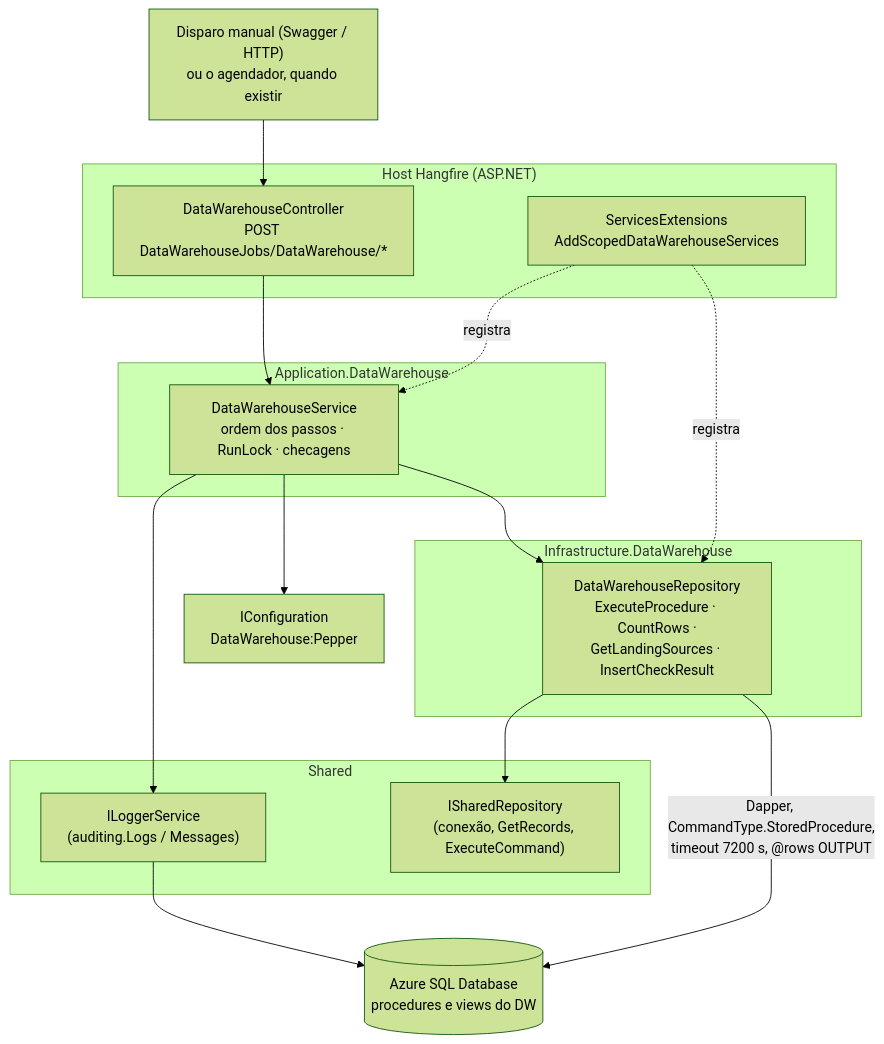
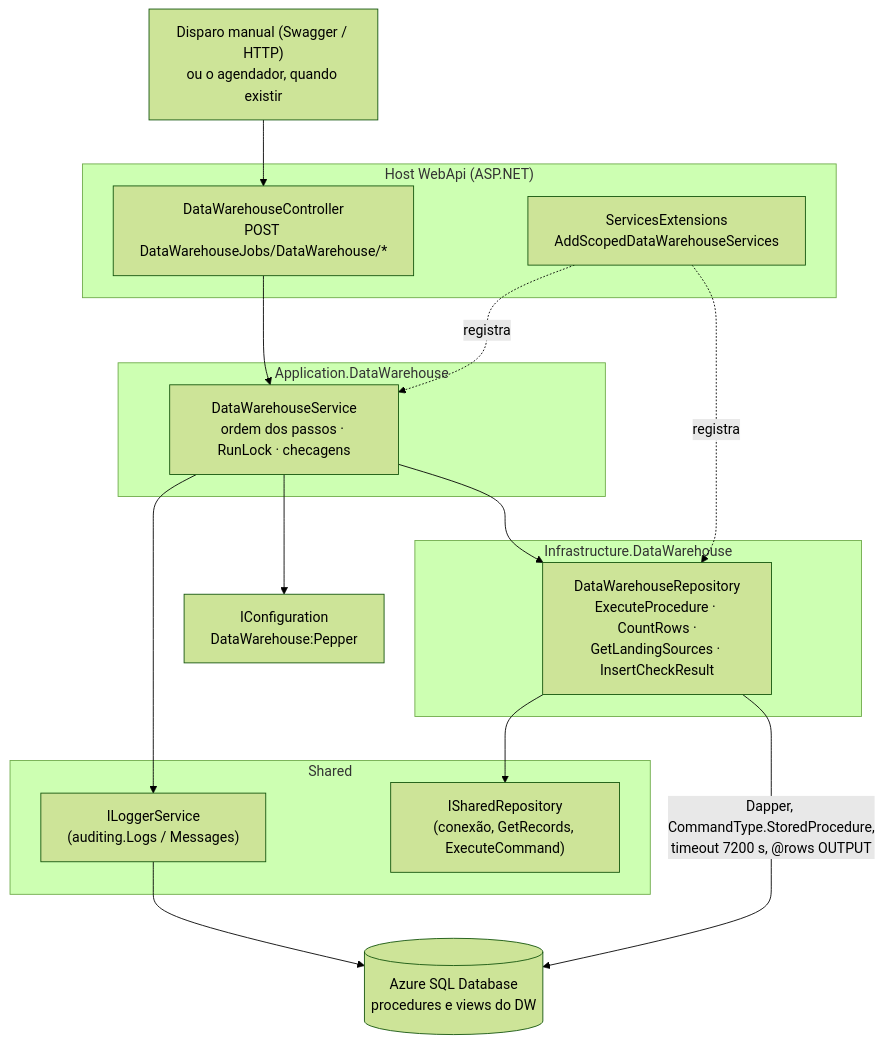
One commit to cayo-kume/extract-transform-load-integrations-system changed the second of 13 diagrams in src/Backend/Modules/DataWarehouse/docs/DATAWAREHOUSE-FUNCIONAMENTO-E-FLUXO.md. Above: the diagram before and after it, drawn with Mermaid (forest theme). The commit also changed other lines of this file and 138 other files, not shown here.

First line of the commit message:
Host Hangfire renomeado para WebApi (passo 1 do plano do host)

````diff
--- a/src/Backend/Modules/DataWarehouse/docs/DATAWAREHOUSE-FUNCIONAMENTO-E-FLUXO.md
+++ b/src/Backend/Modules/DataWarehouse/docs/DATAWAREHOUSE-FUNCIONAMENTO-E-FLUXO.md
@@ -83,36 +83,36 @@
 ```mermaid
 flowchart TB
     CALLER["Disparo manual (Swagger / HTTP)<br/>ou o agendador, quando existir"]
 
-    subgraph HOST["Host Hangfire (ASP.NET)"]
+    subgraph HOST["Host WebApi (ASP.NET)"]
         CTRL["DataWarehouseController<br/>POST DataWarehouseJobs/DataWarehouse/*"]
         DI["ServicesExtensions<br/>AddScopedDataWarehouseServices"]
     end
 
     subgraph APP["Application.DataWarehouse"]
         SVC["DataWarehouseService<br/>ordem dos passos · RunLock · checagens"]
     end
 
     subgraph SHARED["Shared"]
         LOG["ILoggerService<br/>(auditing.Logs / Messages)"]
         SREPO["ISharedRepository<br/>(conexão, GetRecords, ExecuteCommand)"]
     end
 
     subgraph INFRA["Infrastructure.DataWarehouse"]
         REPO["DataWarehouseRepository<br/>ExecuteProcedure · CountRows ·<br/>GetLandingSources · InsertCheckResult"]
     end
 
     CONF["IConfiguration<br/>DataWarehouse:Pepper"]
     DB[("Azure SQL Database<br/>procedures e views do DW")]
 
     CALLER --> CTRL
     DI -.registra.-> SVC
     DI -.registra.-> REPO
     CTRL --> SVC
     SVC --> LOG
     SVC --> CONF
     SVC --> REPO
     REPO --> SREPO
     REPO -->|"Dapper, CommandType.StoredProcedure,<br/>timeout 7200 s, @rows OUTPUT"| DB
     LOG --> DB
 ```
````
